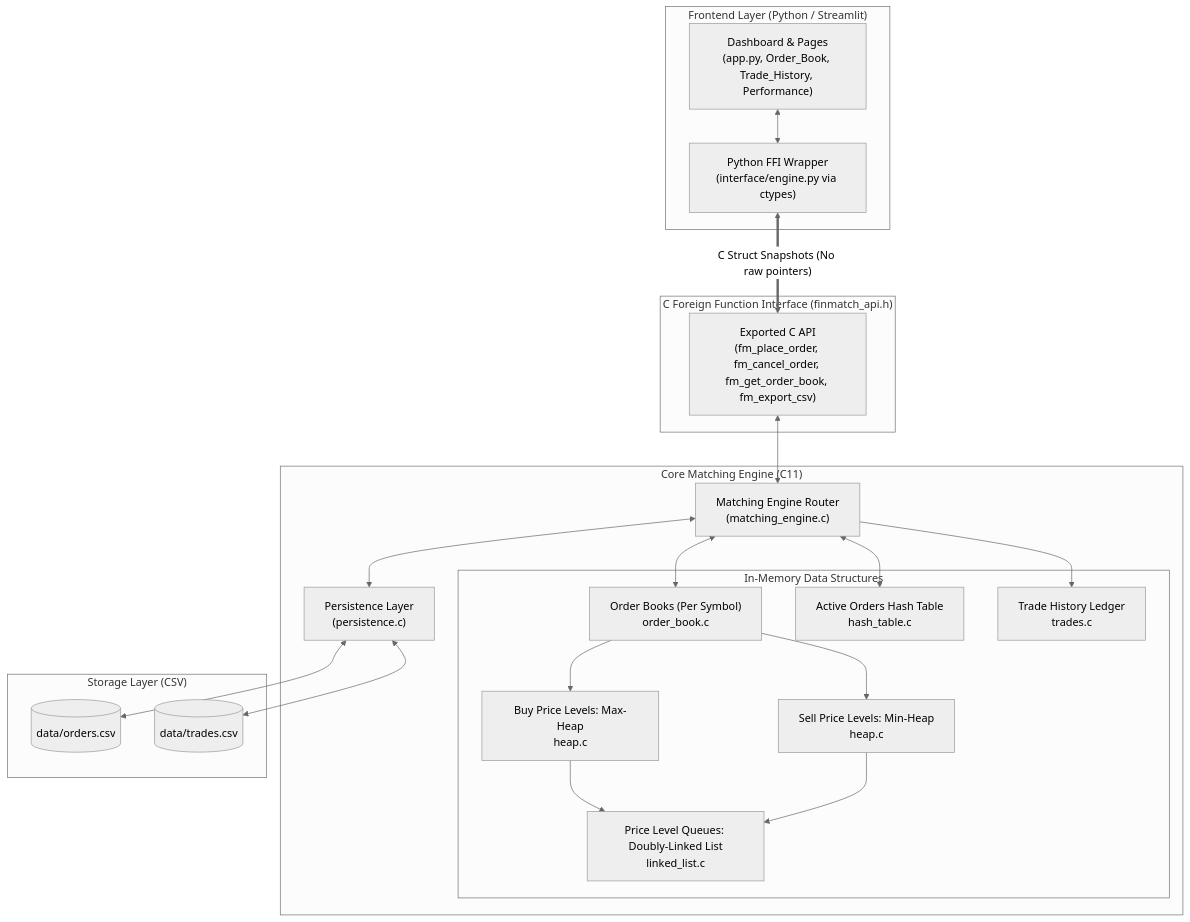
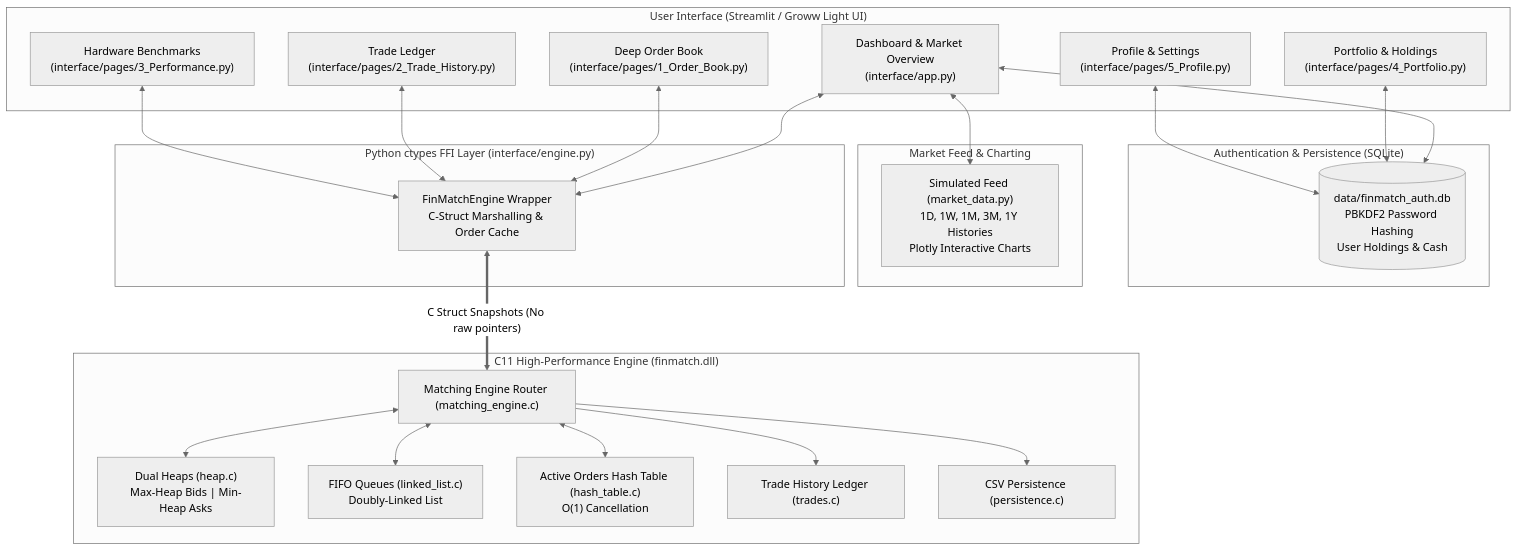
One commit to 11101-cpu/Finmatch changed the diagram in README.md. Above: the diagram before and after it, drawn with Mermaid (neutral theme). The commit also changed other lines of this file and 13 other files, not shown here.

Commit message:
Redesign FinMatch trading dashboard

````diff
--- a/README.md
+++ b/README.md
@@ -26,45 +41,47 @@
 ```mermaid
 flowchart TD
-    subgraph UI ["Frontend Layer (Python / Streamlit)"]
-        A["Dashboard & Pages<br/>(app.py, Order_Book, Trade_History, Performance)"]
-        B["Python FFI Wrapper<br/>(interface/engine.py via ctypes)"]
-        A <--> B
+    subgraph UI ["User Interface (Streamlit / Groww Light UI)"]
+        A["Dashboard & Market Overview<br/>(interface/app.py)"]
+        B["Deep Order Book<br/>(interface/pages/1_Order_Book.py)"]
+        C["Trade Ledger<br/>(interface/pages/2_Trade_History.py)"]
+        D["Hardware Benchmarks<br/>(interface/pages/3_Performance.py)"]
+        E["Portfolio & Holdings<br/>(interface/pages/4_Portfolio.py)"]
+        F["Profile & Settings<br/>(interface/pages/5_Profile.py)"]
     end
 
-    subgraph FFI ["C Foreign Function Interface (finmatch_api.h)"]
-        C["Exported C API<br/>(fm_place_order, fm_cancel_order, fm_get_order_book, fm_export_csv)"]
+    subgraph AUTH ["Authentication & Persistence (SQLite)"]
+        G[("data/finmatch_auth.db<br/>PBKDF2 Password Hashing<br/>User Holdings & Cash")]
     end
 
-    subgraph CORE ["Core Matching Engine (C11)"]
-        D["Matching Engine Router<br/>(matching_engine.c)"]
-        
-        subgraph DS ["In-Memory Data Structures"]
-            E["Order Books (Per Symbol)<br/>order_book.c"]
-            F["Buy Price Levels: Max-Heap<br/>heap.c"]
-            G["Sell Price Levels: Min-Heap<br/>heap.c"]
-            H["Price Level Queues: Doubly-Linked List<br/>linked_list.c"]
-            I["Active Orders Hash Table<br/>hash_table.c"]
-            J["Trade History Ledger<br/>trades.c"]
-        end
-
-        K["Persistence Layer<br/>(persistence.c)"]
+    subgraph MKT ["Market Feed & Charting"]
+        H["Simulated Feed (market_data.py)<br/>1D, 1W, 1M, 3M, 1Y Histories<br/>Plotly Interactive Charts"]
     end
 
-    subgraph DATA ["Storage Layer (CSV)"]
-        L[("data/orders.csv")]
-        M[("data/trades.csv")]
+    subgraph FFI ["Python ctypes FFI Layer (interface/engine.py)"]
+        I["FinMatchEngine Wrapper<br/>C-Struct Marshalling & Order Cache"]
     end
 
-    B <==>|"C Struct Snapshots (No raw pointers)"| C
-    C <--> D
-    D <--> E
-    E --> F
-    E --> G
-    F --> H
-    G --> H
+    subgraph C_ENGINE ["C11 High-Performance Engine (finmatch.dll)"]
+        J["Matching Engine Router (matching_engine.c)"]
+        K["Dual Heaps (heap.c)<br/>Max-Heap Bids | Min-Heap Asks"]
+        L["FIFO Queues (linked_list.c)<br/>Doubly-Linked List"]
+        M["Active Orders Hash Table (hash_table.c)<br/>O(1) Cancellation"]
+        N["Trade History Ledger (trades.c)"]
+        O["CSV Persistence (persistence.c)"]
+    end
+
+    A <--> G
+    A <--> H
+    A <--> I
+    B <--> I
+    C <--> I
     D <--> I
-    D --> J
-    D <--> K
-    K <--> L
-    K <--> M
+    E <--> G
+    F <--> G
+    I <==>|"C Struct Snapshots (No raw pointers)"| J
+    J <--> K
+    J <--> L
+    J <--> M
+    J --> N
+    J --> O
 ```
````
